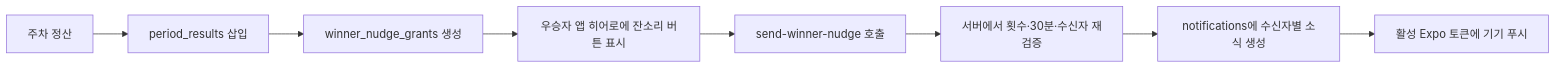
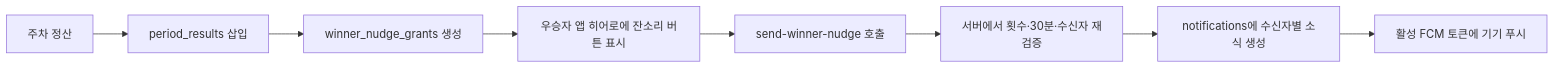
The second of 2 diagrams in docs/03-app-push.md (soundspeedskye/zaringovy), drawn with Mermaid before and after one commit. The commit also changed other lines of this file and 2 other files, not shown here.

Commit message:
FCM 푸시 운영 및 테스트 문서 갱신

````diff
--- a/docs/03-app-push.md
+++ b/docs/03-app-push.md
@@ -250,10 +250,10 @@
 ```mermaid
 flowchart LR
     A[주차 정산] --> B[period_results 삽입]
     B --> C[winner_nudge_grants 생성]
     C --> D[우승자 앱 히어로에 잔소리 버튼 표시]
     D --> E[send-winner-nudge 호출]
     E --> F[서버에서 횟수·30분·수신자 재검증]
     F --> G[notifications에 수신자별 소식 생성]
-    G --> H[활성 Expo 토큰에 기기 푸시]
+    G --> H[활성 FCM 토큰에 기기 푸시]
 ```
````
